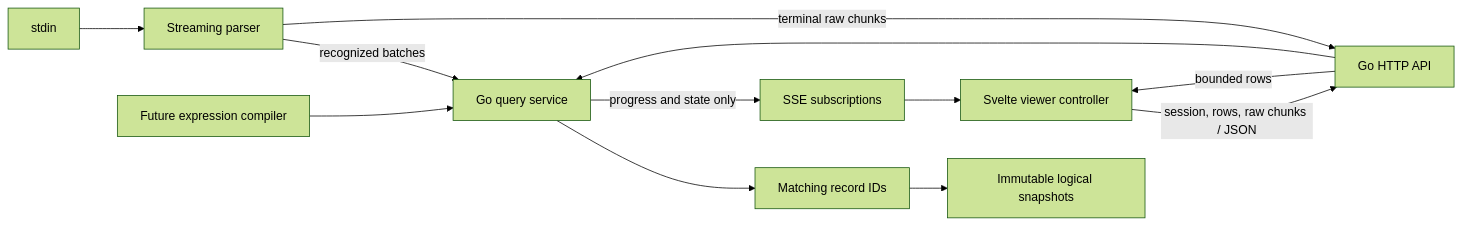
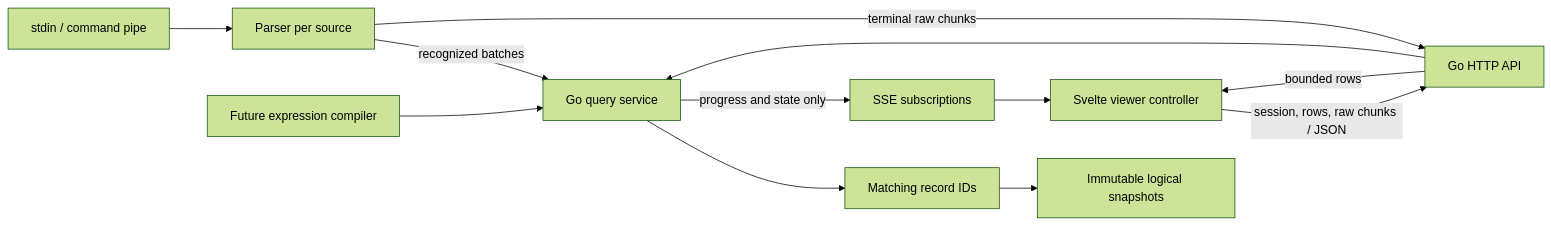
Before and after one commit to jpetroff/streamline: the diagram in .memory/transport.md, drawn with Mermaid (forest theme). The commit also changed other lines of this file and 36 other files, not shown here.

````diff
--- a/.memory/transport.md
+++ b/.memory/transport.md
@@ -31,14 +30,14 @@
 ```mermaid
 flowchart LR
-  Stdin["stdin"] --> Parser["Streaming parser"]
+  Stdin["stdin / command pipe"] --> Parser["Parser per source"]
   Parser -->|"recognized batches"| Query["Go query service"]
   Parser -->|"terminal raw chunks"| API["Go HTTP API"]
   Engine["Future expression compiler"] --> Query
   Query --> Index["Matching record IDs"]
   Index --> Snapshot["Immutable logical snapshots"]
   Browser["Svelte viewer controller"] -->|"session, rows, raw chunks / JSON"| API
   API --> Query
   Query -->|"progress and state only"| SSE["SSE subscriptions"]
   SSE --> Browser
   API -->|"bounded rows"| Browser
 ```
````
